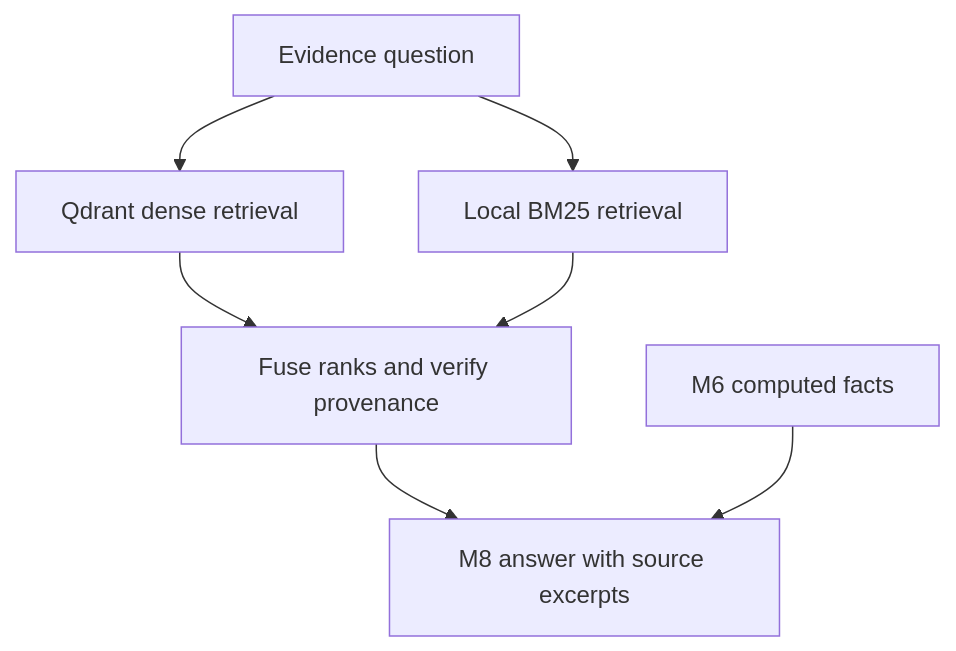
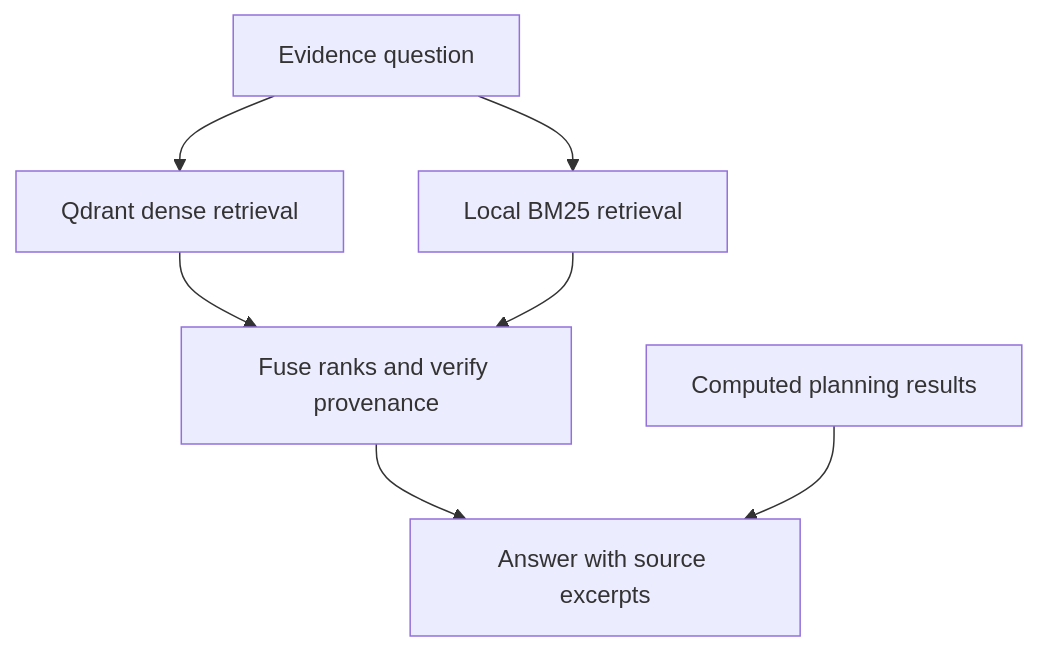
Before and after one commit to omarfh111/MIZUHO: the third of 4 diagrams in README.md, drawn with Mermaid. The commit also changed other lines of this file, not shown here.

Commit message:
Use feature names in README prose and diagrams

````diff
--- a/README.md
+++ b/README.md
@@ -200,11 +200,11 @@
 ```mermaid
 flowchart TD
     accTitle: Evidence retrieval and attribution
     accDescr: A query retrieves dense and lexical candidates that are checked and fused. Planning quantities come from a separate application tool.
     Q["Evidence question"] --> D["Qdrant dense retrieval"]
     Q --> L["Local BM25 retrieval"]
     D --> F["Fuse ranks and verify provenance"]
     L --> F
-    F --> A["M8 answer with source excerpts"]
-    M["M6 computed facts"] --> A
+    F --> A["Answer with source excerpts"]
+    M["Computed planning results"] --> A
 ```
````
